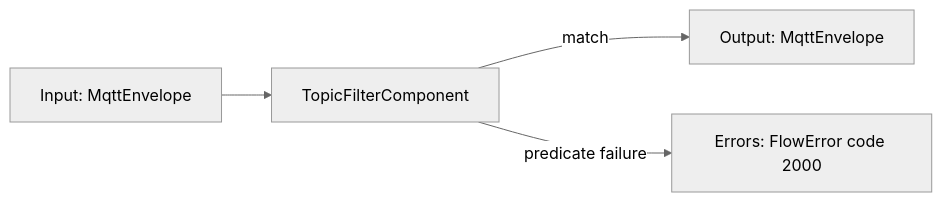
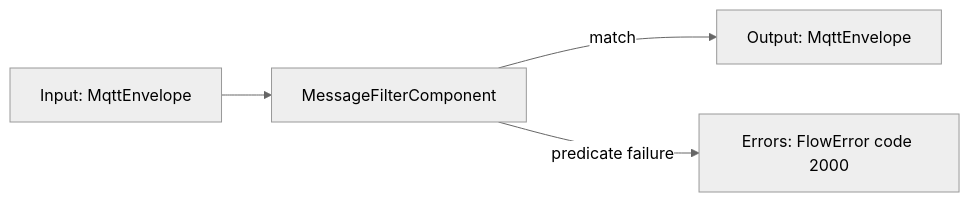
Before and after one commit to araxis/FluxMq: the fourth of 16 diagrams in docs/flow-components.md, drawn with Mermaid (neutral theme). The commit also changed other lines of this file and 56 other files, not shown here.

First line of the commit message:
Refactor pipeline/runtime model, remove "Flow" prefix

````diff
--- a/docs/flow-components.md
+++ b/docs/flow-components.md
@@ -152,6 +152,6 @@
 ```mermaid
 flowchart LR
-    In["Input: MqttEnvelope"] --> Filter["TopicFilterComponent"]
+    In["Input: MqttEnvelope"] --> Filter["MessageFilterComponent"]
     Filter -->|match| Out["Output: MqttEnvelope"]
     Filter -->|predicate failure| Errors["Errors: FlowError code 2000"]
 ```
````
